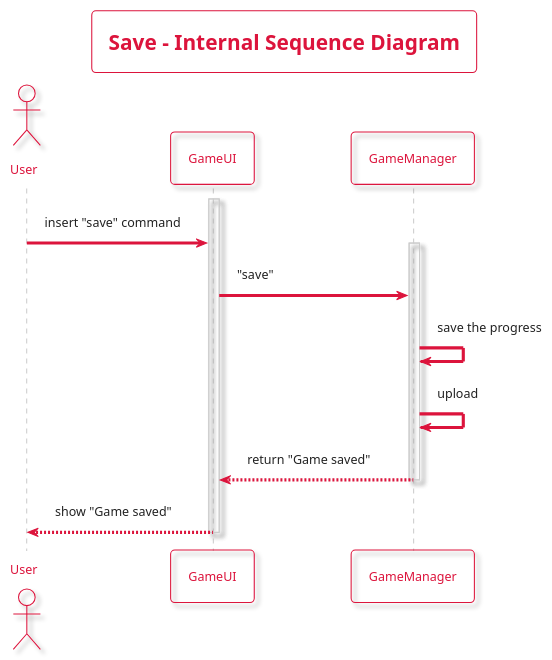
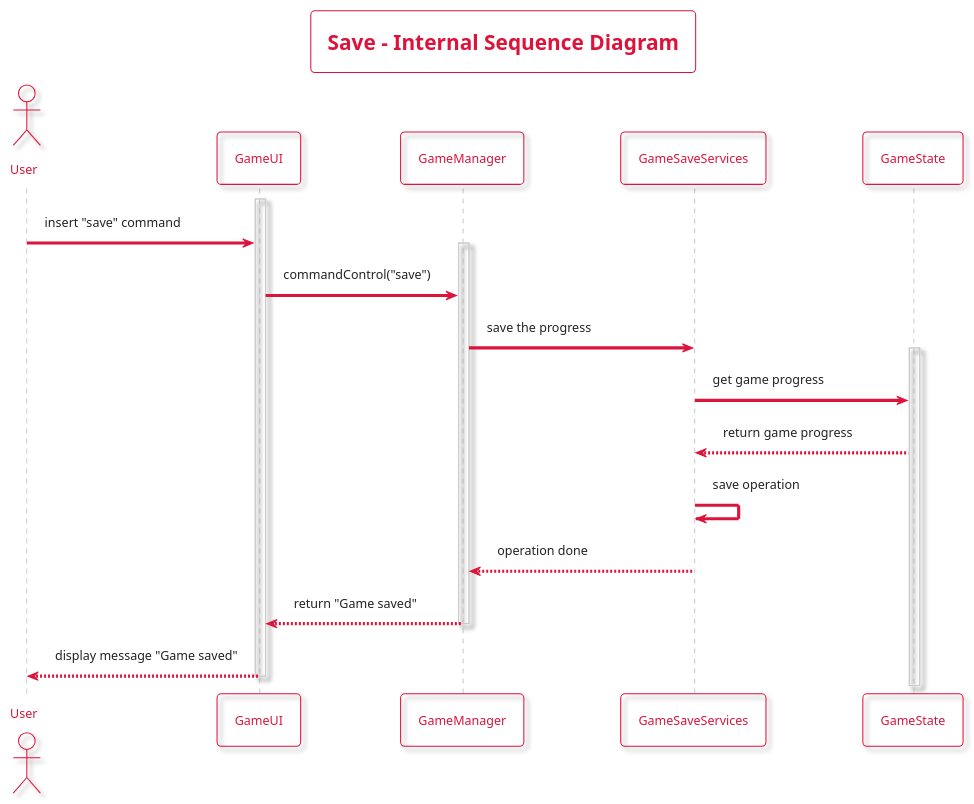
Before and after one commit to LimeiGuan/Text_Adventure_Game: the diagram in docs/uml/SaveInternalSequenceDiagram.plantuml, drawn with PlantUML.

```diff
--- a/docs/uml/SaveInternalSequenceDiagram.plantuml
+++ b/docs/uml/SaveInternalSequenceDiagram.plantuml
@@ -1,40 +1,48 @@
 @startuml SaveInternalSequenceDiagram
 
 !theme materia-outline
 
 skinparam ArrowColor #DC143C
 skinparam BackgroundColor #FFFFFF
 
 skinparam titleBorderColor #DC143C
 skinparam titleFontColor #DC143C
 
 skinparam ActorBorderColor #DC143C
 skinparam ActorFontColor #DC143C
 
 skinparam ParticipantFontColor #DC143C
 skinparam ParticipantBorderColor #DC143C
 
 title Save - Internal Sequence Diagram
 
 actor User
 participant GameUI
 participant GameManager
+participant GameSaveServices
+participant GameState
 
 activate GameUI
 User -> GameUI : insert "save" command
 
 activate GameManager
-GameUI -> GameManager : "save"
+GameUI -> GameManager : commandControl("save")
 
-GameManager -> GameManager : save the progress
+GameManager -> GameSaveServices : save the progress
 
-GameManager -> GameManager : upload
+activate GameState
+GameSaveServices -> GameState : get game progress
+GameState --> GameSaveServices : return game progress
+
+GameSaveServices -> GameSaveServices : save operation
+
+GameSaveServices --> GameManager : operation done
+deactivate GameSaveServices
 
 GameManager --> GameUI : return "Game saved"
 deactivate GameManager
 
-GameUI --> User : show "Game saved"
-
+GameUI --> User : display message "Game saved"
 deactivate GameUI
 
 @enduml
```
